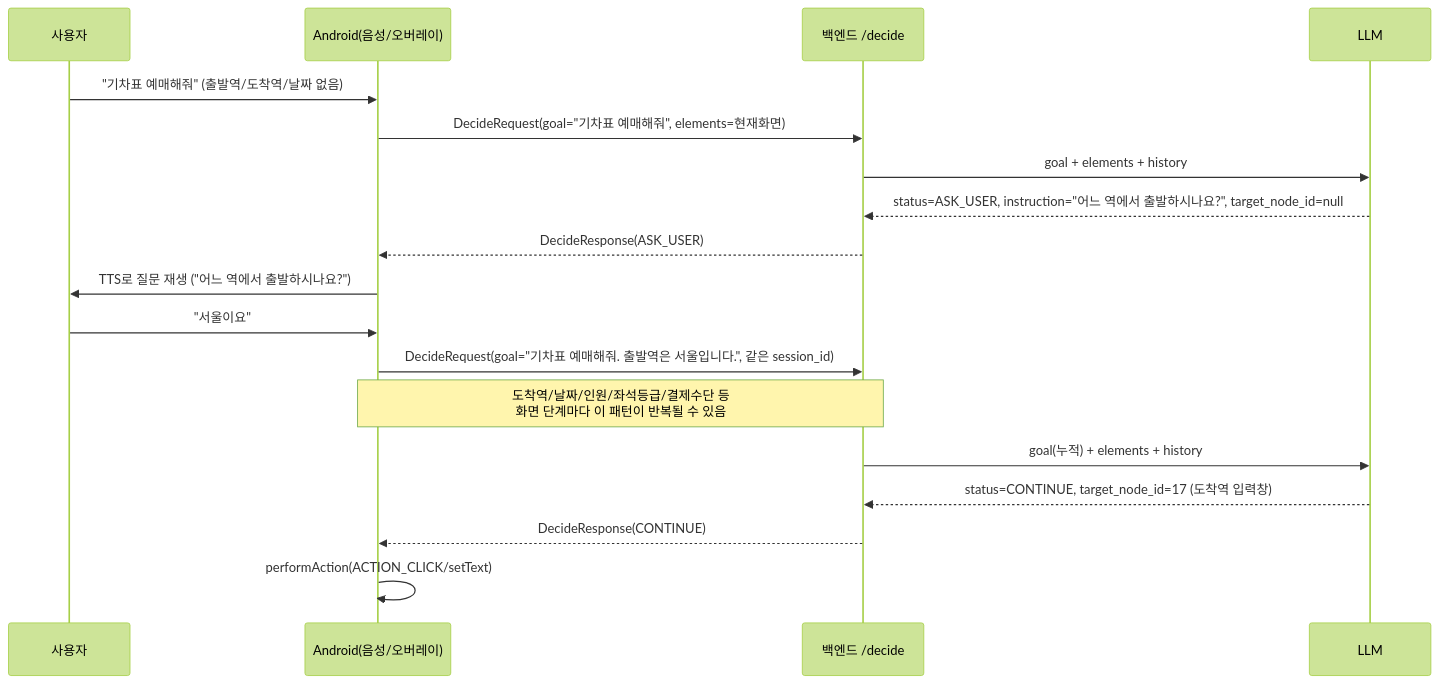
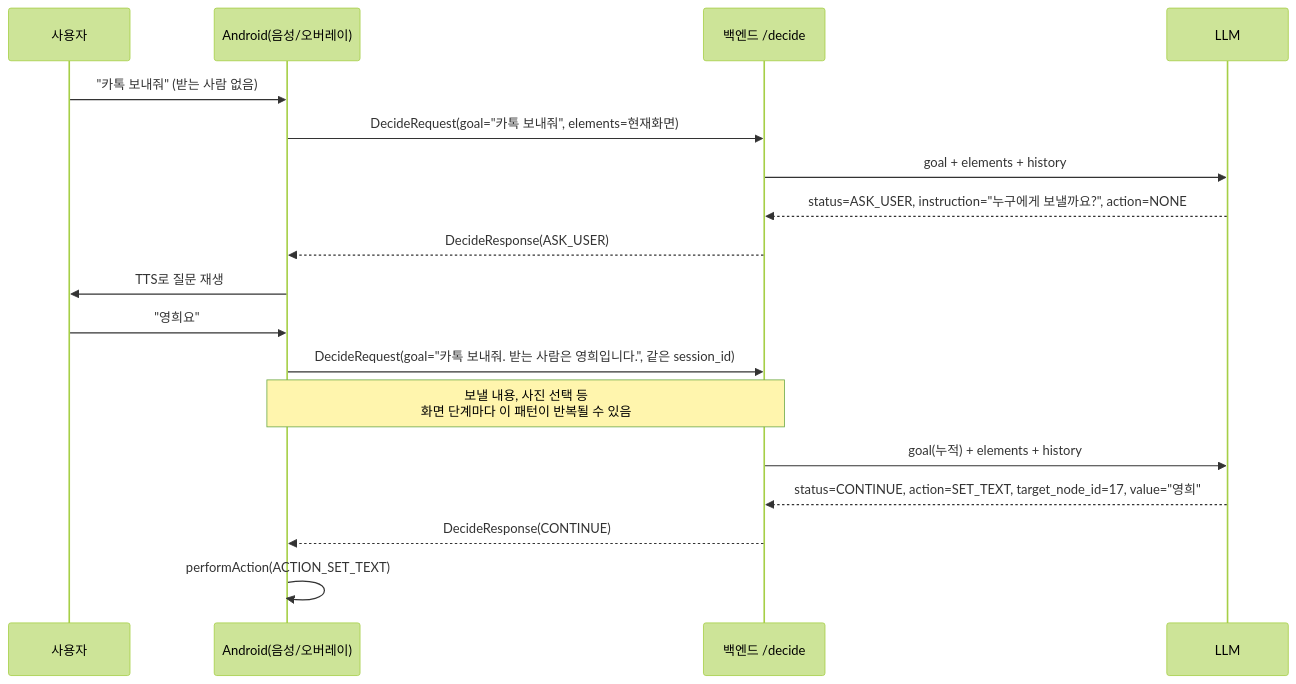
Before and after one commit to jhHa0320/2026-unithon: the second of 3 diagrams in docs/ARCHITECTURE.md, drawn with Mermaid (forest theme). The commit also changed other lines of this file and 30 other files, not shown here.

````diff
--- a/docs/ARCHITECTURE.md
+++ b/docs/ARCHITECTURE.md
@@ -84,21 +105,21 @@
 ```mermaid
 sequenceDiagram
     participant U as 사용자
     participant A as Android(음성/오버레이)
     participant B as 백엔드 /decide
     participant L as LLM
 
-    U->>A: "기차표 예매해줘" (출발역/도착역/날짜 없음)
-    A->>B: DecideRequest(goal="기차표 예매해줘", elements=현재화면)
+    U->>A: "카톡 보내줘" (받는 사람 없음)
+    A->>B: DecideRequest(goal="카톡 보내줘", elements=현재화면)
     B->>L: goal + elements + history
-    L-->>B: status=ASK_USER, instruction="어느 역에서 출발하시나요?", target_node_id=null
+    L-->>B: status=ASK_USER, instruction="누구에게 보낼까요?", action=NONE
     B-->>A: DecideResponse(ASK_USER)
-    A->>U: TTS로 질문 재생 ("어느 역에서 출발하시나요?")
-    U->>A: "서울이요"
-    A->>B: DecideRequest(goal="기차표 예매해줘. 출발역은 서울입니다.", 같은 session_id)
-    Note over A,B: 도착역/날짜/인원/좌석등급/결제수단 등<br/>화면 단계마다 이 패턴이 반복될 수 있음
+    A->>U: TTS로 질문 재생
+    U->>A: "영희요"
+    A->>B: DecideRequest(goal="카톡 보내줘. 받는 사람은 영희입니다.", 같은 session_id)
+    Note over A,B: 보낼 내용, 사진 선택 등<br/>화면 단계마다 이 패턴이 반복될 수 있음
     B->>L: goal(누적) + elements + history
-    L-->>B: status=CONTINUE, target_node_id=17 (도착역 입력창)
+    L-->>B: status=CONTINUE, action=SET_TEXT, target_node_id=17, value="영희"
     B-->>A: DecideResponse(CONTINUE)
-    A->>A: performAction(ACTION_CLICK/setText)
+    A->>A: performAction(ACTION_SET_TEXT)
 ```
````
